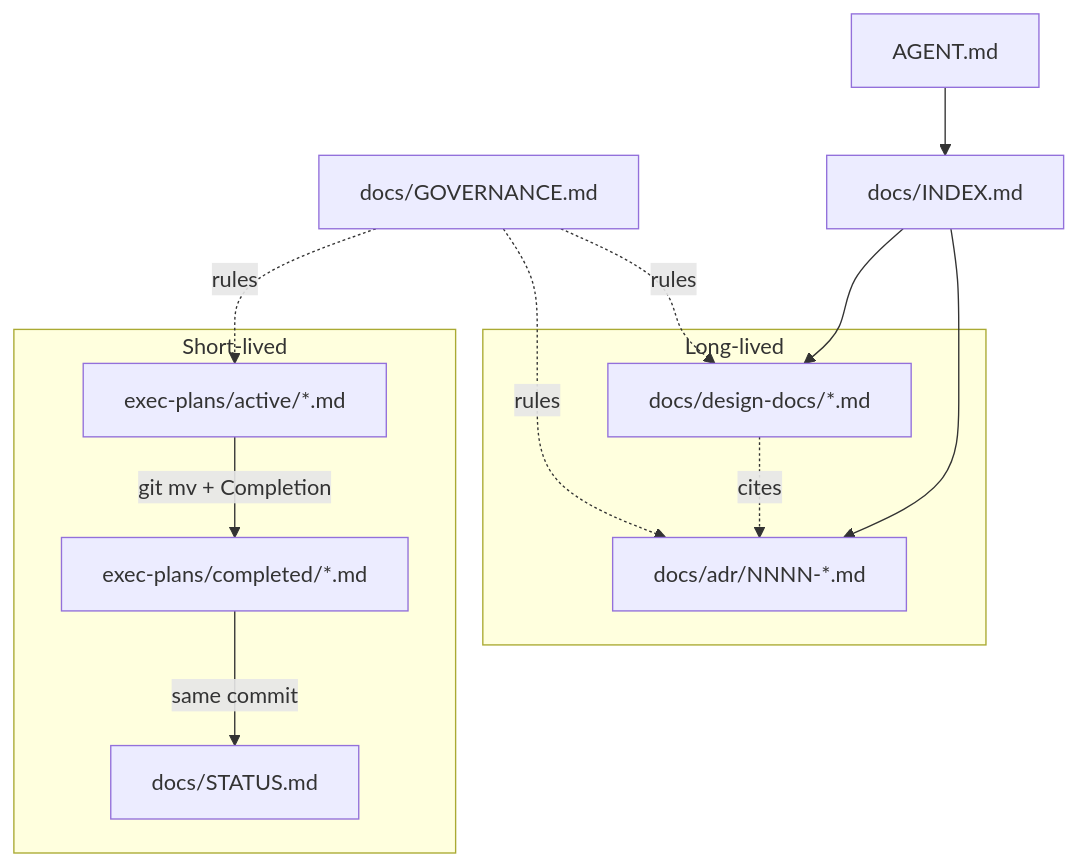
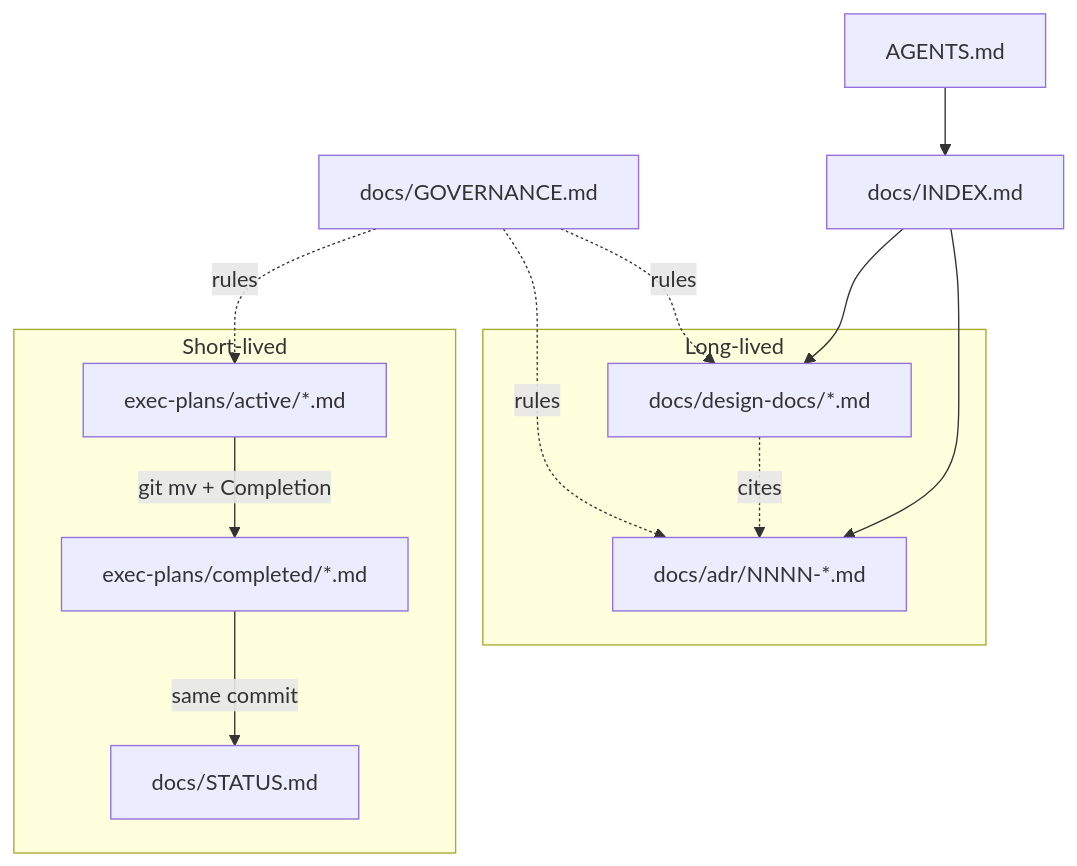
One commit to YooKyubin/SlotRogue changed the diagram in DOCS-STRUCTURE.md. Above: the diagram before and after it, drawn with Mermaid. The commit also changed other lines of this file and 2 other files, not shown here.

Commit message:
AGENT.md -> AGENTS.md

````diff
--- a/DOCS-STRUCTURE.md
+++ b/DOCS-STRUCTURE.md
@@ -73,21 +73,21 @@
 ```mermaid
 flowchart TB
   subgraph longLived [Long-lived]
     ADR["docs/adr/NNNN-*.md"]
     DD["docs/design-docs/*.md"]
   end
   subgraph shortLived [Short-lived]
     ActiveEP["exec-plans/active/*.md"]
     DoneEP["exec-plans/completed/*.md"]
     Status["docs/STATUS.md"]
   end
-  Agent["AGENT.md"] --> Index["docs/INDEX.md"]
+  Agent["AGENTS.md"] --> Index["docs/INDEX.md"]
   Index --> DD
   Index --> ADR
   DD -. cites .-> ADR
   ActiveEP -->|"git mv + Completion"| DoneEP
   DoneEP -->|"same commit"| Status
   Gov["docs/GOVERNANCE.md"] -. rules .-> ADR
   Gov -. rules .-> DD
   Gov -. rules .-> ActiveEP
 ```
````
